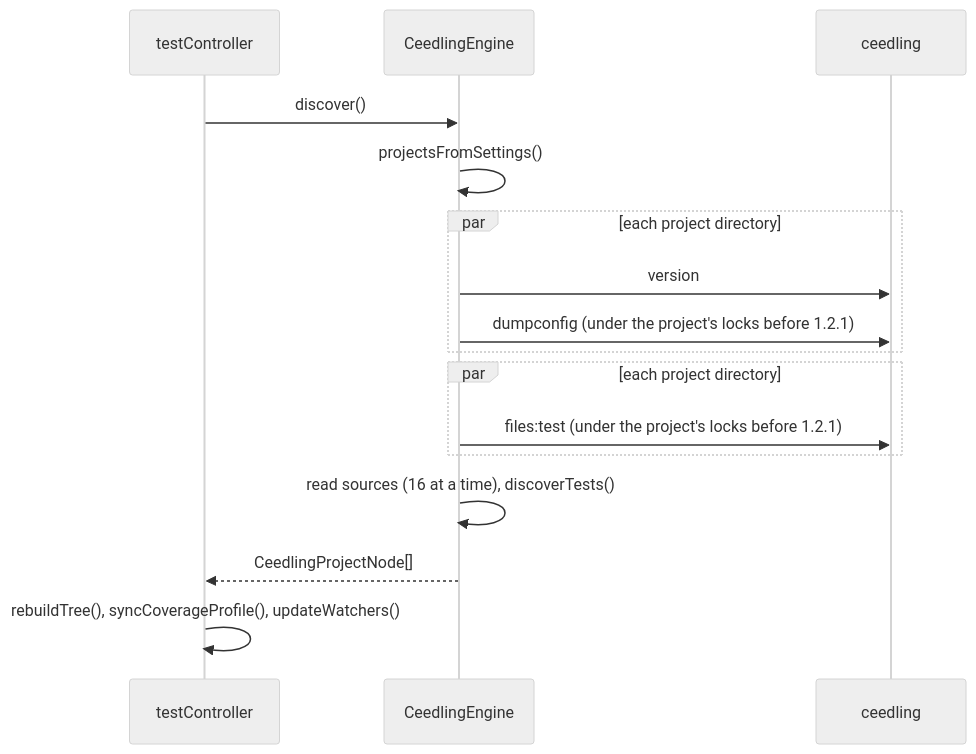
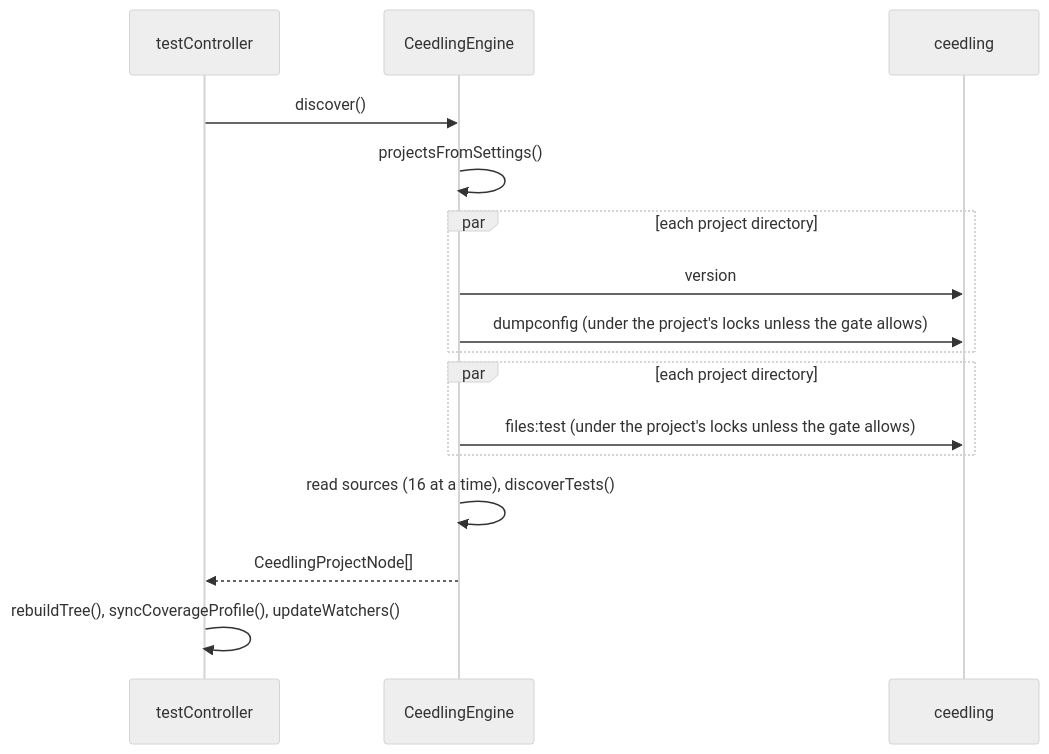
Before and after one commit to ThrowTheSwitch/vscode-ceedling: the second of 4 diagrams in docs/Architecture.md, drawn with Mermaid (neutral theme). The commit also changed other lines of this file and 4 other files, not shown here.

````diff
--- a/docs/Architecture.md
+++ b/docs/Architecture.md
@@ -127,18 +127,18 @@
 ```mermaid
 sequenceDiagram
     participant TC as testController
     participant EN as CeedlingEngine
     participant C as ceedling
     TC->>EN: discover()
     EN->>EN: projectsFromSettings()
     par each project directory
         EN->>C: version
-        EN->>C: dumpconfig (under the project's locks before 1.2.1)
+        EN->>C: dumpconfig (under the project's locks unless the gate allows)
     end
     par each project directory
-        EN->>C: files:test (under the project's locks before 1.2.1)
+        EN->>C: files:test (under the project's locks unless the gate allows)
     end
     EN->>EN: read sources (16 at a time), discoverTests()
     EN-->>TC: CeedlingProjectNode[]
     TC->>TC: rebuildTree(), syncCoverageProfile(), updateWatchers()
 ```
````
